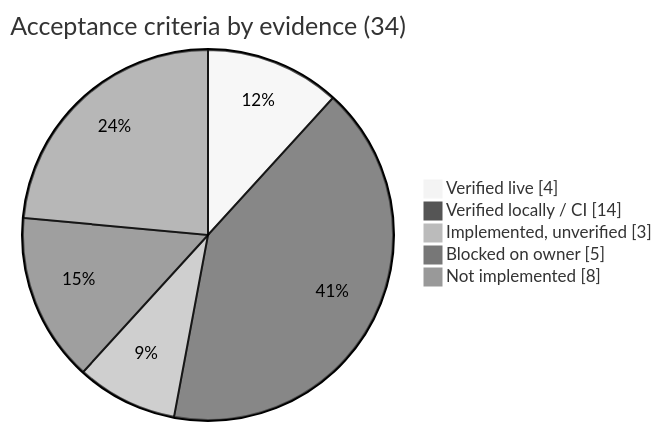
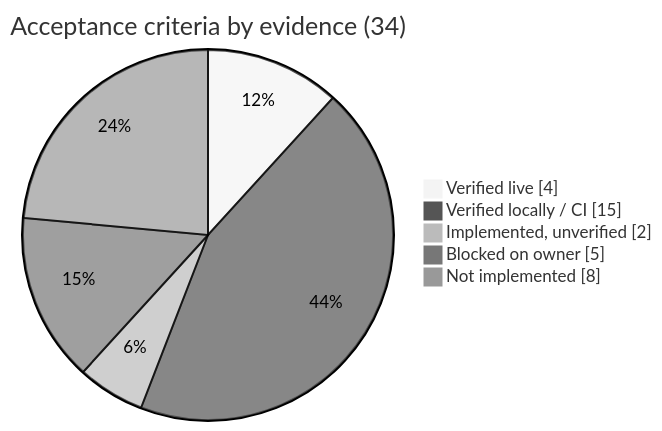
Before and after one commit to aliabdalla-maker/aepx-core: the first of 2 diagrams in docs/implementation/DASHBOARD.md, drawn with Mermaid (neutral theme). The commit also changed other lines of this file, not shown here.

First line of the commit message:
docs(dashboard): 50x2 acceptance verified on master ccd0a27 (run 43767204040)

````diff
--- a/docs/implementation/DASHBOARD.md
+++ b/docs/implementation/DASHBOARD.md
@@ -19,9 +19,9 @@
 ```mermaid
 pie showData
   title Acceptance criteria by evidence (34)
   "Verified live" : 4
-  "Verified locally / CI" : 14
-  "Implemented, unverified" : 3
+  "Verified locally / CI" : 15
+  "Implemented, unverified" : 2
   "Blocked on owner" : 5
   "Not implemented" : 8
 ```
````
